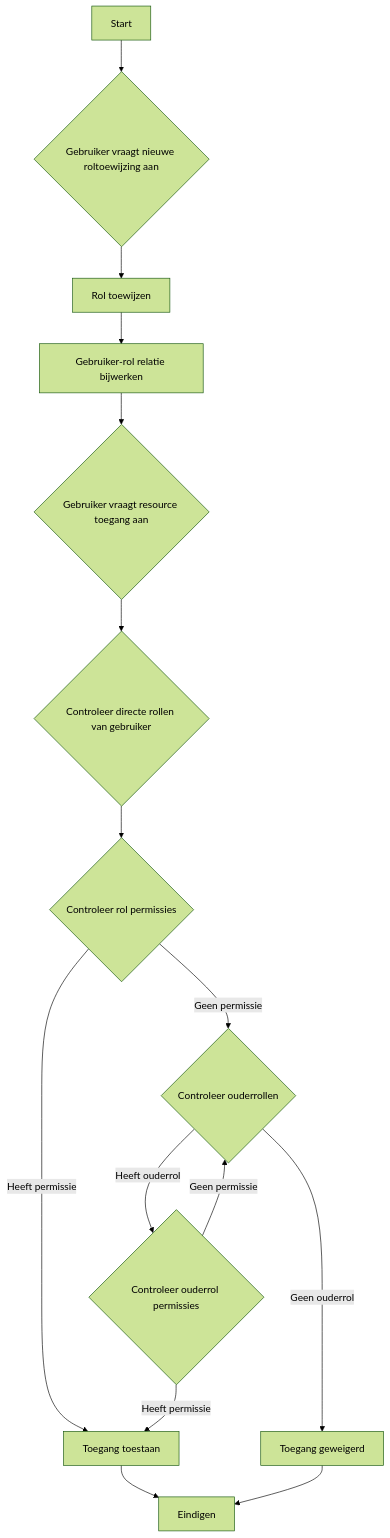
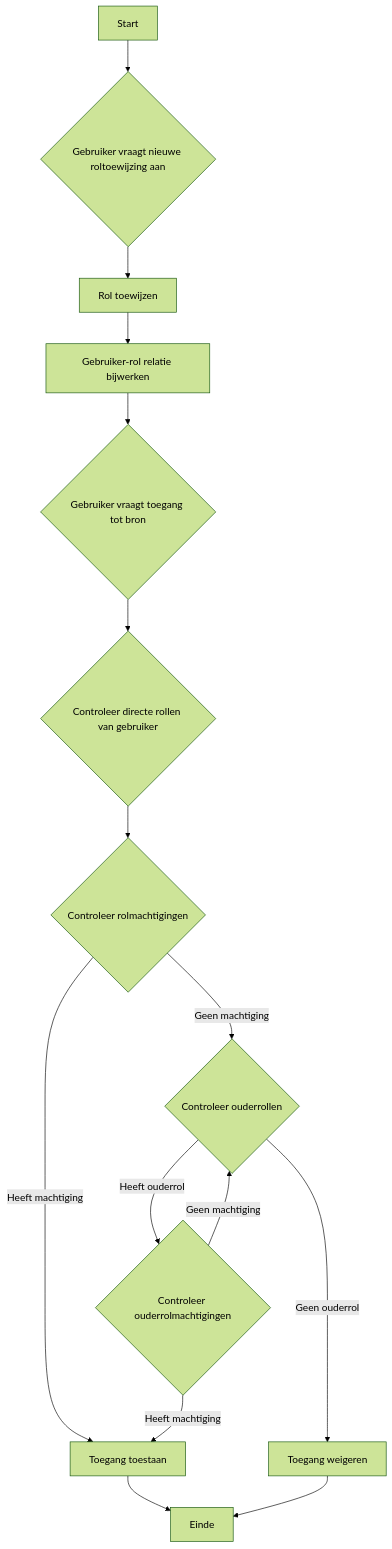
One commit to logto-io/auth-wiki changed the third of 4 diagrams in src/content/terms/nl/rbac.mdx. Above: the diagram before and after it, drawn with Mermaid (forest theme). The commit also changed other lines of this file and 98 other files, not shown here.

````diff
--- a/src/content/terms/nl/rbac.mdx
+++ b/src/content/terms/nl/rbac.mdx
@@ -113,17 +218,17 @@
 ```mermaid
 graph TD
     A[Start] --> B{Gebruiker vraagt nieuwe roltoewijzing aan}
     B --> C[Rol toewijzen]
     C --> D[Gebruiker-rol relatie bijwerken]
-    D --> E{Gebruiker vraagt resource toegang aan}
+    D --> E{Gebruiker vraagt toegang tot bron}
     E --> F{Controleer directe rollen van gebruiker}
-    F --> G{Controleer rol permissies}
-    G -->|Geen permissie| H{Controleer ouderrollen}
-    G -->|Heeft permissie| K[Toegang toestaan]
-    H -->|Heeft ouderrol| I{Controleer ouderrol permissies}
-    H -->|Geen ouderrol| J[Toegang geweigerd]
-    I -->|Heeft permissie| K
-    I -->|Geen permissie| H
-    K --> L[Eindigen]
+    F --> G{Controleer rolmachtigingen}
+    G -->|Geen machtiging| H{Controleer ouderrollen}
+    G -->|Heeft machtiging| K[Toegang toestaan]
+    H -->|Heeft ouderrol| I{Controleer ouderrolmachtigingen}
+    H -->|Geen ouderrol| J[Toegang weigeren]
+    I -->|Heeft machtiging| K
+    I -->|Geen machtiging| H
+    K --> L[Einde]
     J --> L
 ```
````
